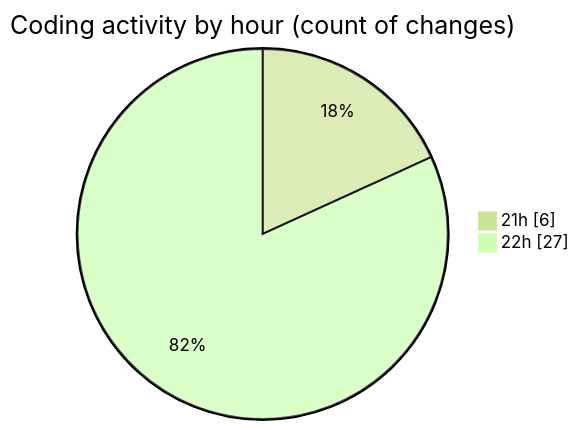
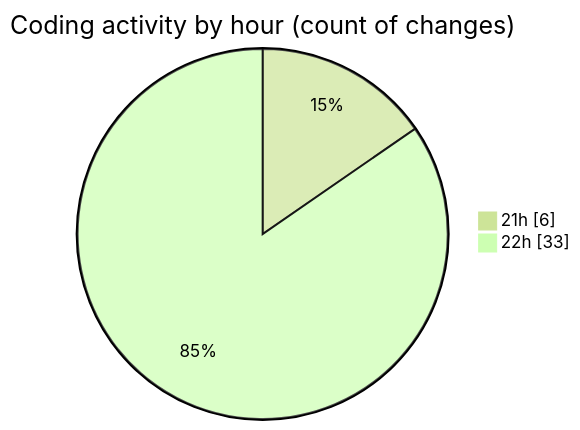
The second of 2 diagrams in 2026-02-17/classes/README.md (hasnaa123/code-tracking), drawn with Mermaid (forest theme) before and after one commit. The commit also changed other lines of this file and 1 other file, not shown here.

````diff
--- a/2026-02-17/classes/README.md
+++ b/2026-02-17/classes/README.md
@@ -30,6 +30,6 @@
 ```mermaid
 pie showData
 title Coding activity by hour (count of changes)
 "21h" : 6
-"22h" : 27
+"22h" : 33
 ```
````
